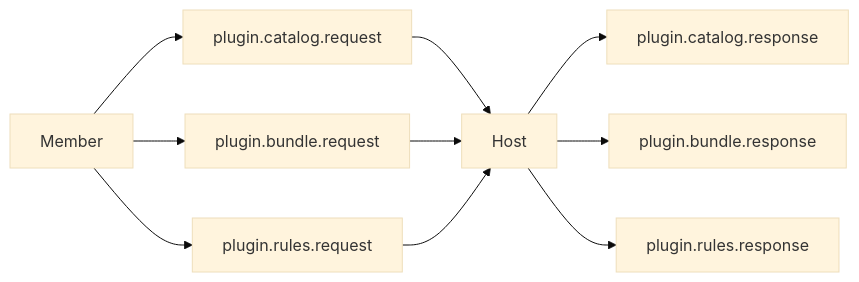
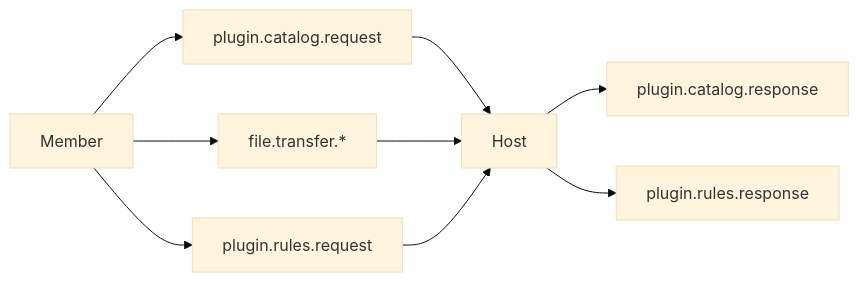
The diagram in ai-docs/device-cluster-architecture/plugin-sync-and-runtime-routing.md (synra-app/synra), drawn with Mermaid (base theme) before and after one commit. The commit also changed 14 other files, not shown here.

````diff
--- a/ai-docs/device-cluster-architecture/plugin-sync-and-runtime-routing.md
+++ b/ai-docs/device-cluster-architecture/plugin-sync-and-runtime-routing.md
@@ -15,12 +15,11 @@
 ```mermaid
 flowchart LR
   member[Member] --> catalogReq[plugin.catalog.request]
   catalogReq --> host[Host]
   host --> catalogResp[plugin.catalog.response]
-  member --> bundleReq[plugin.bundle.request]
-  bundleReq --> host
-  host --> bundleResp[plugin.bundle.response]
+  member --> transferWire[file.transfer.*]
+  transferWire --> host
   member --> rulesReq[plugin.rules.request]
   rulesReq --> host
   host --> rulesResp[plugin.rules.response]
 ```
````
